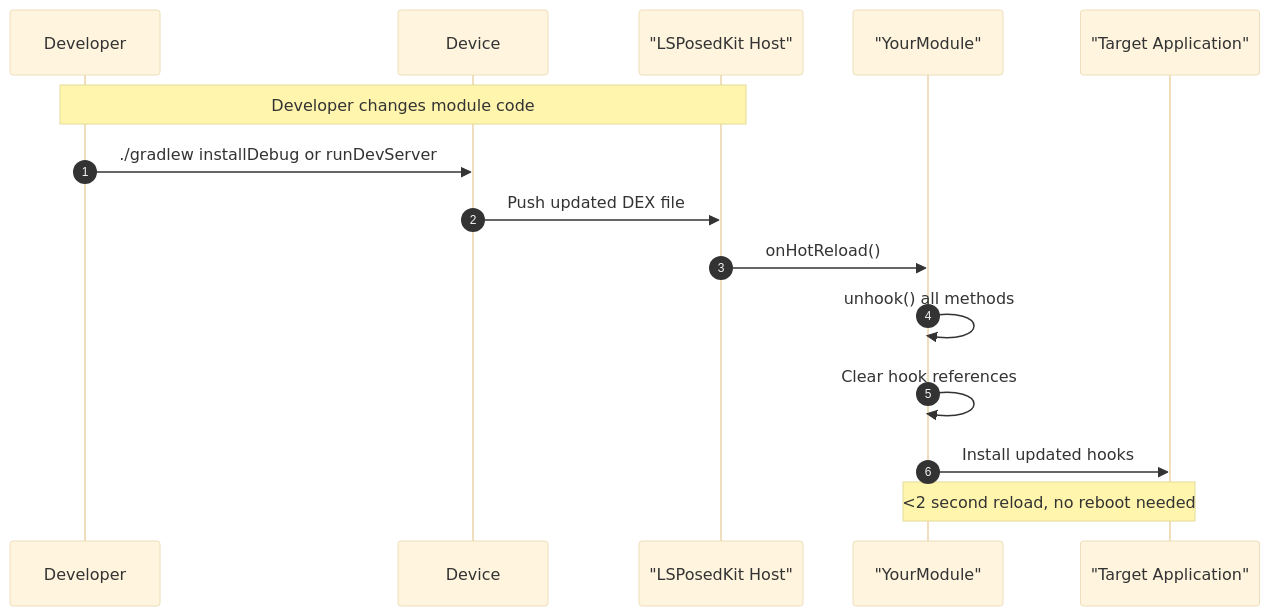
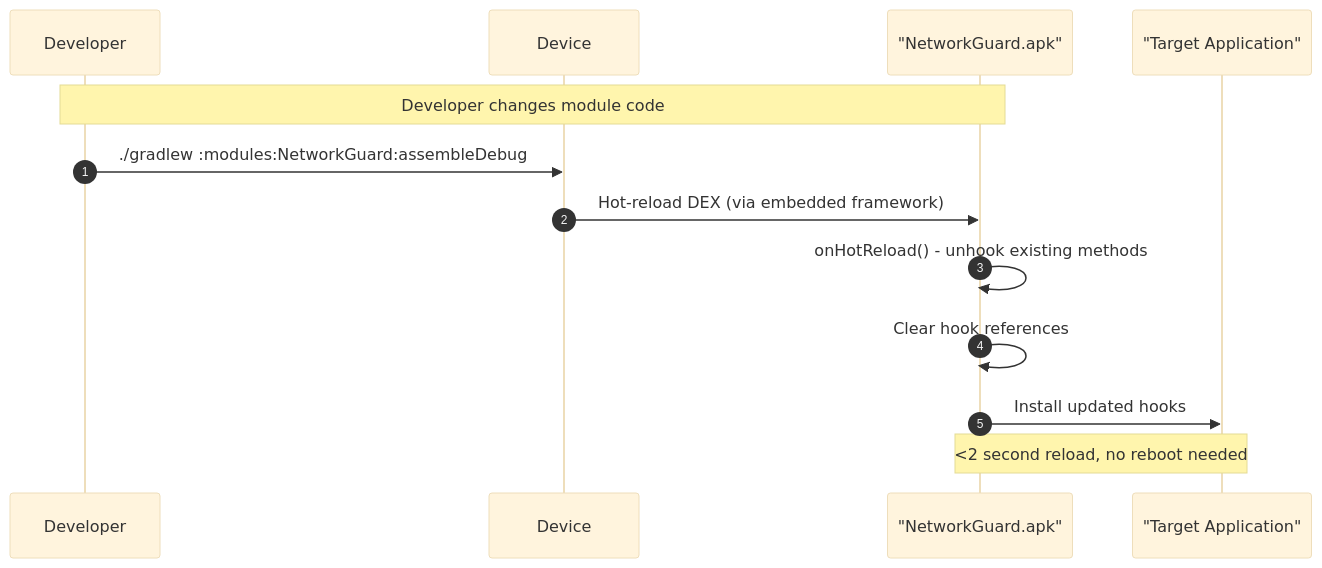
Before and after one commit to wyatt727/LSPosedKit: the second of 4 diagrams in Docs/00-blueprint.md, drawn with Mermaid (base theme). The commit also changed other lines of this file and 15043 other files, not shown here.

Commit message:
Fully buildable new modules! Use this syntax: ./gradlew :scripts:newModule -PmoduleName="MyModule" -Pid="my-module" -Pdescription="My awesome module"

````diff
--- a/Docs/00-blueprint.md
+++ b/Docs/00-blueprint.md
@@ -55,18 +79,16 @@
 ```mermaid
 sequenceDiagram
     autonumber
     participant Developer
     participant Device
-    participant LSPK as "LSPosedKit Host"
-    participant Module as "YourModule"
+    participant Module as "NetworkGuard.apk"
     participant Target as "Target Application"
     
-    Note over Developer, LSPK: Developer changes module code
-    Developer->>Device: ./gradlew installDebug or runDevServer
-    Device->>LSPK: Push updated DEX file
-    LSPK->>Module: onHotReload()
-    Module->>Module: unhook() all methods
+    Note over Developer, Module: Developer changes module code
+    Developer->>Device: ./gradlew :modules:NetworkGuard:assembleDebug
+    Device->>Module: Hot-reload DEX (via embedded framework)
+    Module->>Module: onHotReload() - unhook existing methods
     Module->>Module: Clear hook references
     Module->>Target: Install updated hooks
     Note over Module, Target: <2 second reload, no reboot needed
 ```
````
